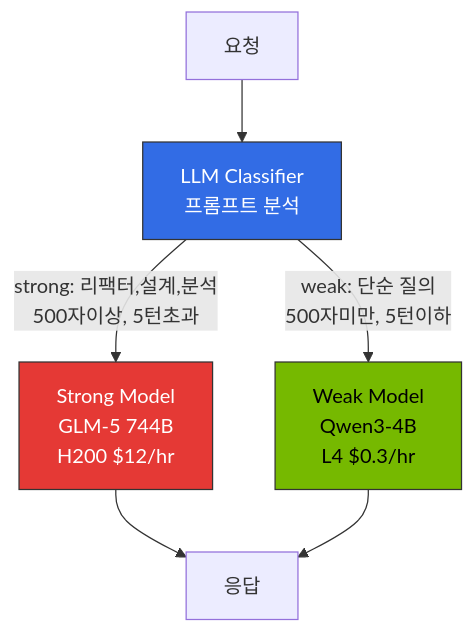
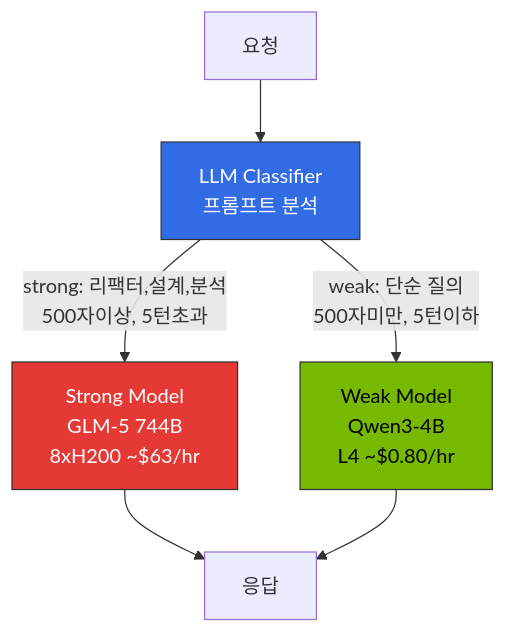
One commit to devfloor9/engineering-playbook changed the third of 3 diagrams in docs/agentic-ai-platform/model-serving/inference-routing/request-cascading.md. Above: the diagram before and after it, drawn with Mermaid. The commit also changed other lines of this file and 5 other files, not shown here.

````diff
--- a/docs/agentic-ai-platform/model-serving/inference-routing/request-cascading.md
+++ b/docs/agentic-ai-platform/model-serving/inference-routing/request-cascading.md
@@ -268,12 +268,12 @@
 ```mermaid
 graph TD
     Req[요청] --> Router[LLM Classifier<br/>프롬프트 분석]
-    Router -->|strong: 리팩터,설계,분석<br/>500자이상, 5턴초과| LLM[Strong Model<br/>GLM-5 744B<br/>H200 $12/hr]
-    Router -->|weak: 단순 질의<br/>500자미만, 5턴이하| SLM[Weak Model<br/>Qwen3-4B<br/>L4 $0.3/hr]
+    Router -->|strong: 리팩터,설계,분석<br/>500자이상, 5턴초과| LLM[Strong Model<br/>GLM-5 744B<br/>8xH200 ~$63/hr]
+    Router -->|weak: 단순 질의<br/>500자미만, 5턴이하| SLM[Weak Model<br/>Qwen3-4B<br/>L4 ~$0.80/hr]
     LLM --> Resp[응답]
     SLM --> Resp
 
     style Router fill:#326ce5,stroke:#333,color:#fff
     style LLM fill:#e53935,stroke:#333,color:#fff
     style SLM fill:#76b900,stroke:#333,color:#000
 ```
````
